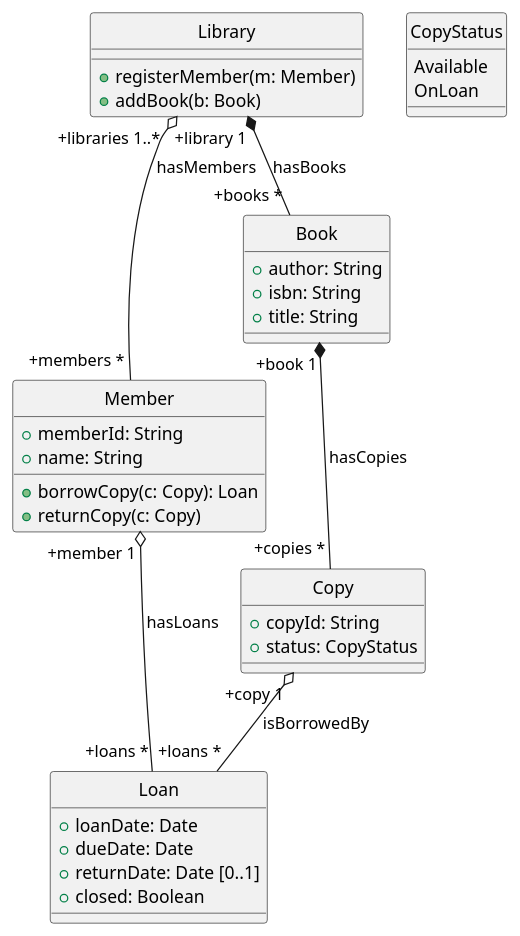
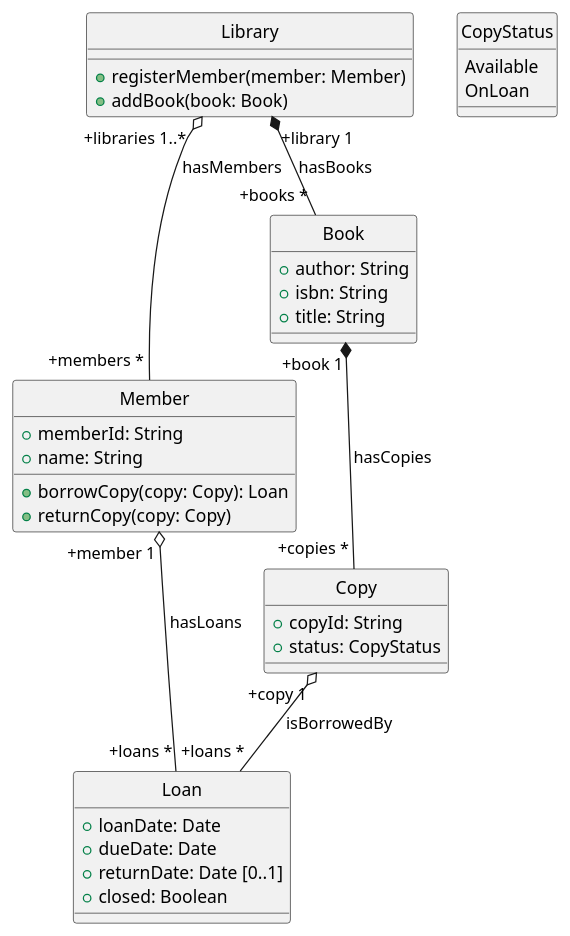
One commit to scx-othr/MoProCo-evaluation changed the diagram in library/classical-uml/main.puml. Above: the diagram before and after it, drawn with PlantUML. The commit also changed 13 other files, not shown here.

```diff
--- a/library/classical-uml/main.puml
+++ b/library/classical-uml/main.puml
@@ -1,44 +1,44 @@
 @startuml
 hide circle
 
 class Library {
-  +registerMember(m: Member)
-  +addBook(b: Book)
+  +registerMember(member: Member)
+  +addBook(book: Book)
 }
 
 class Member {
   +memberId: String
   +name: String
-  +borrowCopy(c: Copy): Loan
-  +returnCopy(c: Copy)
+  +borrowCopy(copy: Copy): Loan
+  +returnCopy(copy: Copy)
 }
 
 class Book {
   +author: String
   +isbn: String
   +title: String
 }
 
 class Copy {
   +copyId: String
   +status: CopyStatus
 }
 
 class Loan {
   +loanDate: Date
   +dueDate: Date
   +returnDate: Date [0..1]
   +closed: Boolean
 }
 
 enum CopyStatus {
   Available
   OnLoan
 }
 
 Library "+libraries 1..*" o-- "+members *" Member: hasMembers
 Library "+library 1" *-- "+books *" Book: hasBooks
 Book "+book 1" *-- "+copies *" Copy: hasCopies
 Member "+member 1" o-- "+loans *" Loan: hasLoans
 Copy "+copy 1" o-- "+loans *" Loan: isBorrowedBy
 @enduml
```
